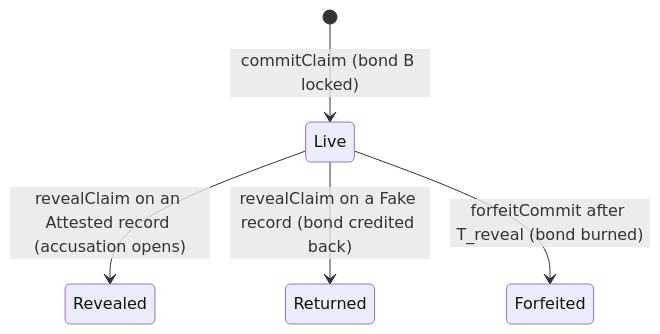
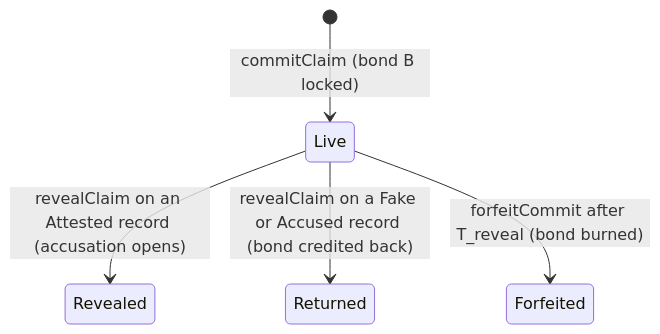
One commit to VincenzoImp/ixh26-paprika changed the third of 3 diagrams in docs/protocol.md. Above: the diagram before and after it, drawn with Mermaid. The commit also changed other lines of this file and 6 other files, not shown here.

````diff
--- a/docs/protocol.md
+++ b/docs/protocol.md
@@ -260,7 +262,7 @@
 ```mermaid
 stateDiagram-v2
     [*] --> Live: commitClaim (bond B locked)
     Live --> Revealed: revealClaim on an Attested record (accusation opens)
-    Live --> Returned: revealClaim on a Fake record (bond credited back)
+    Live --> Returned: revealClaim on a Fake or Accused record (bond credited back)
     Live --> Forfeited: forfeitCommit after T_reveal (bond burned)
 ```
````
